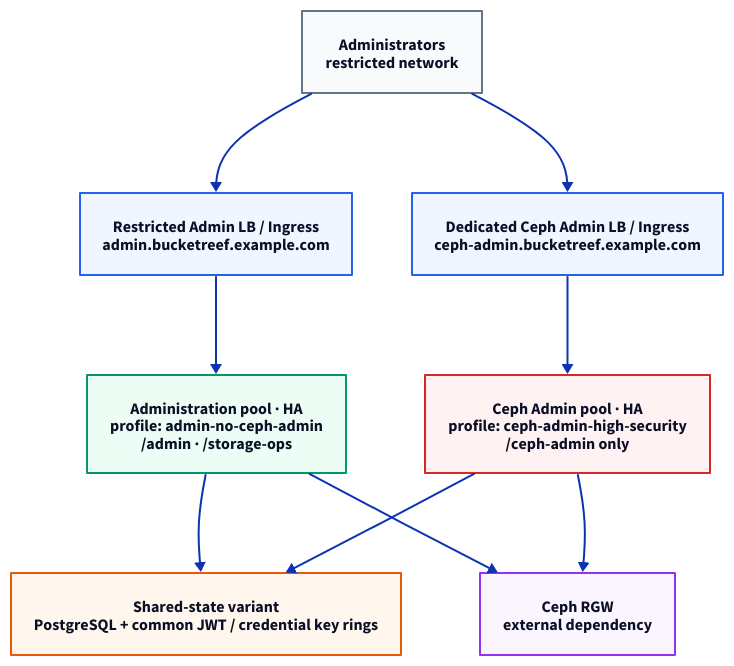
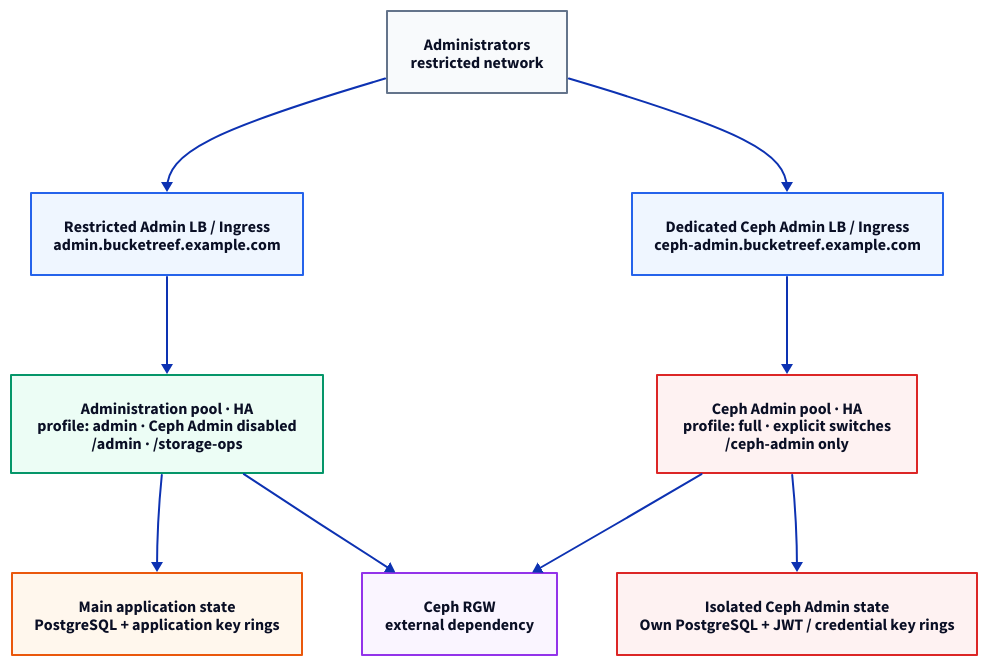
The diagram in doc/docs/admin/en/install/diagrams/deployment-architecture-high-security.d2 (ksperis/bucketreef), drawn with D2 before and after one commit. The commit also changed 50 other files, not shown here.

```diff
--- a/doc/docs/admin/en/install/diagrams/deployment-architecture-high-security.d2
+++ b/doc/docs/admin/en/install/diagrams/deployment-architecture-high-security.d2
@@ -1,81 +1,86 @@
 # Source for ../../assets/diagrams/deployment-architecture/high-security-topology.svg
 # Render from the repository root with:
 #   d2 doc/docs/admin/en/install/diagrams/deployment-architecture-high-security.d2 \
 #      doc/docs/assets/diagrams/deployment-architecture/high-security-topology.svg
 
 direction: down
 
 classes: {
   actor: {
     shape: rectangle
     style.fill: "#f8fafc"
     style.stroke: "#64748b"
   }
   ingress: {
     shape: rectangle
     style.fill: "#eff6ff"
     style.stroke: "#2563eb"
   }
   runtime: {
     shape: rectangle
     style.fill: "#ecfdf5"
     style.stroke: "#059669"
   }
   isolated: {
     shape: rectangle
     style.fill: "#fef2f2"
     style.stroke: "#dc2626"
   }
   shared: {
     shape: rectangle
     style.fill: "#fff7ed"
     style.stroke: "#ea580c"
   }
   external: {
     shape: rectangle
     style.fill: "#faf5ff"
     style.stroke: "#9333ea"
   }
 }
 
 admins: {
   class: actor
   label: "Administrators\nrestricted network"
 }
 
 admin_ingress: {
   class: ingress
   label: "Restricted Admin LB / Ingress\nadmin.bucketreef.example.com"
 }
 
 ceph_ingress: {
   class: ingress
   label: "Dedicated Ceph Admin LB / Ingress\nceph-admin.bucketreef.example.com"
 }
 
 admin_pool: {
   class: runtime
-  label: "Administration pool · HA\nprofile: admin-no-ceph-admin\n/admin · /storage-ops"
+  label: "Administration pool · HA\nprofile: admin · Ceph Admin disabled\n/admin · /storage-ops"
 }
 
 ceph_pool: {
   class: isolated
-  label: "Ceph Admin pool · HA\nprofile: ceph-admin-high-security\n/ceph-admin only"
+  label: "Ceph Admin pool · HA\nprofile: full · explicit switches\n/ceph-admin only"
 }
 
 shared_state: {
   class: shared
-  label: "Shared-state variant\nPostgreSQL + common JWT / credential key rings"
+  label: "Main application state\nPostgreSQL + application key rings"
+}
+
+isolated_state: {
+  class: isolated
+  label: "Isolated Ceph Admin state\nOwn PostgreSQL + JWT / credential key rings"
 }
 
 rgw: {
   class: external
   label: "Ceph RGW\nexternal dependency"
 }
 
 admins -> admin_ingress -> admin_pool
 admins -> ceph_ingress -> ceph_pool
 admin_pool -> shared_state
-ceph_pool -> shared_state
+ceph_pool -> isolated_state
 admin_pool -> rgw
 ceph_pool -> rgw
```
